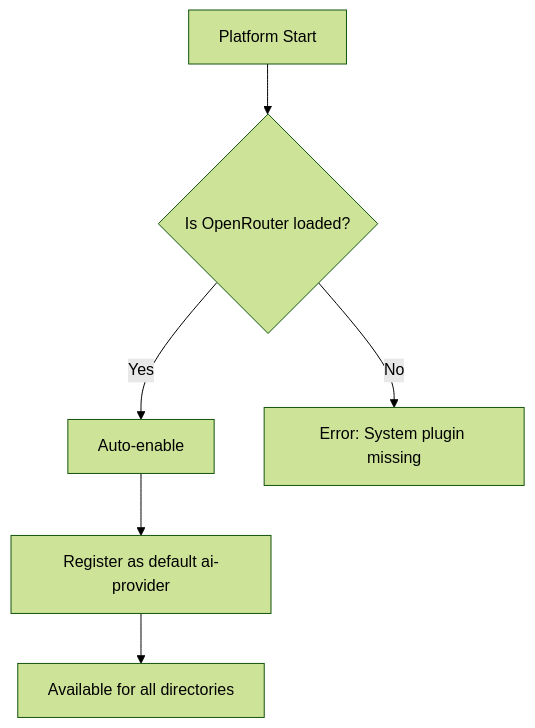
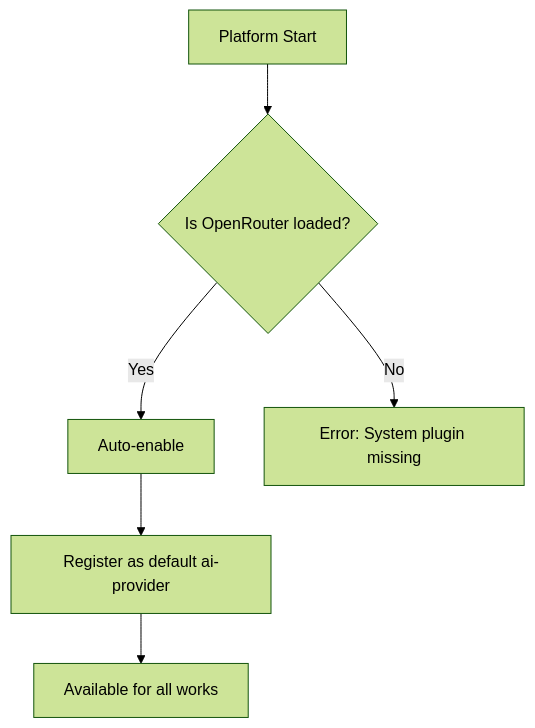
The fourth of 5 diagrams in docs/plugin-system/openrouter-plugin.md (ever-works/ever-works), drawn with Mermaid (forest theme) before and after one commit. The commit also changed other lines of this file and 395 other files, not shown here.

````diff
--- a/docs/plugin-system/openrouter-plugin.md
+++ b/docs/plugin-system/openrouter-plugin.md
@@ -143,8 +143,8 @@
 ```mermaid
 graph TD
     A[Platform Start] --> B{Is OpenRouter loaded?}
     B -->|Yes| C[Auto-enable]
     B -->|No| D[Error: System plugin missing]
     C --> E[Register as default ai-provider]
-    E --> F[Available for all directories]
+    E --> F[Available for all works]
 ```
````
